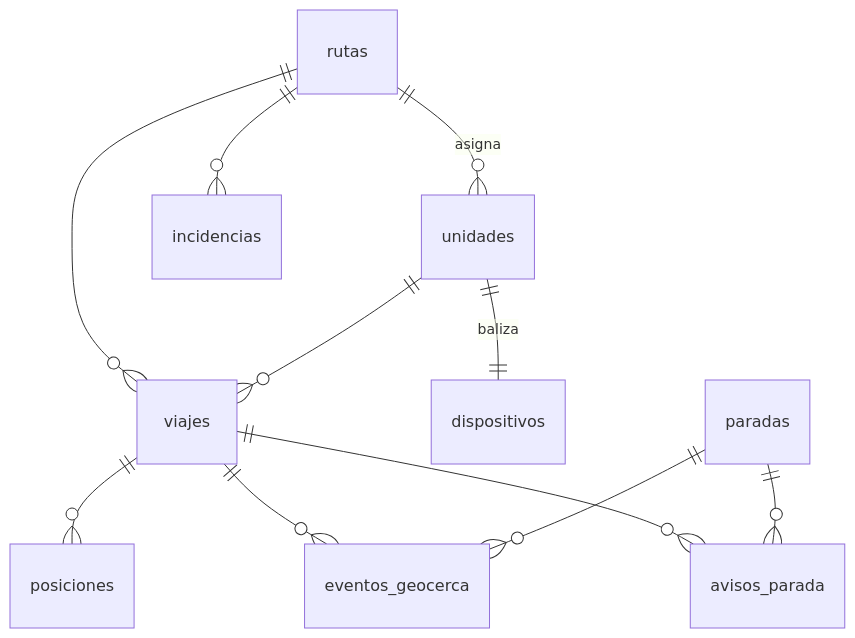
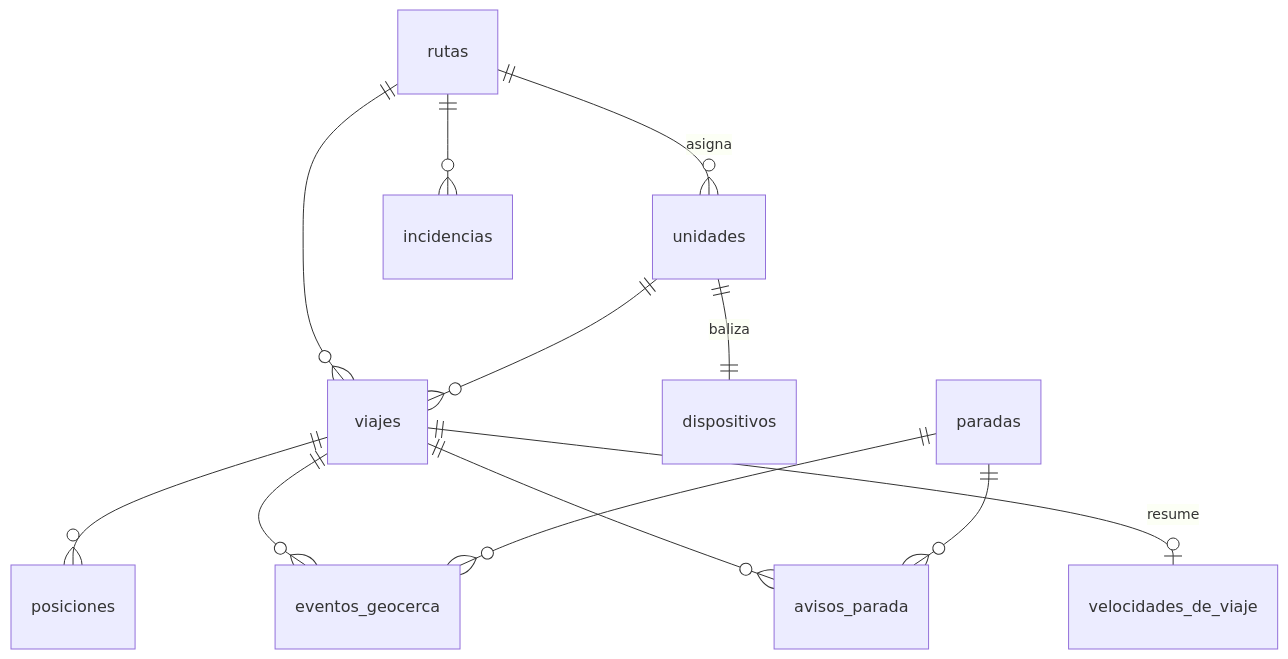
The diagram in docs/04-arquitectura/modelo-de-datos.md (gabymurillas/eco-ruta), drawn with Mermaid before and after one commit. The commit also changed other lines of this file and 21 other files, not shown here.

````diff
--- a/docs/04-arquitectura/modelo-de-datos.md
+++ b/docs/04-arquitectura/modelo-de-datos.md
@@ -11,13 +11,14 @@
 ```mermaid
 erDiagram
   rutas ||--o{ unidades : "asigna"
   rutas ||--o{ viajes : ""
   rutas ||--o{ incidencias : ""
   unidades ||--|| dispositivos : "baliza"
   unidades ||--o{ viajes : ""
   viajes ||--o{ posiciones : ""
   viajes ||--o{ eventos_geocerca : ""
   viajes ||--o{ avisos_parada : ""
+  viajes ||--o| velocidades_de_viaje : "resume"
   paradas ||--o{ eventos_geocerca : ""
   paradas ||--o{ avisos_parada : ""
 ```
````
